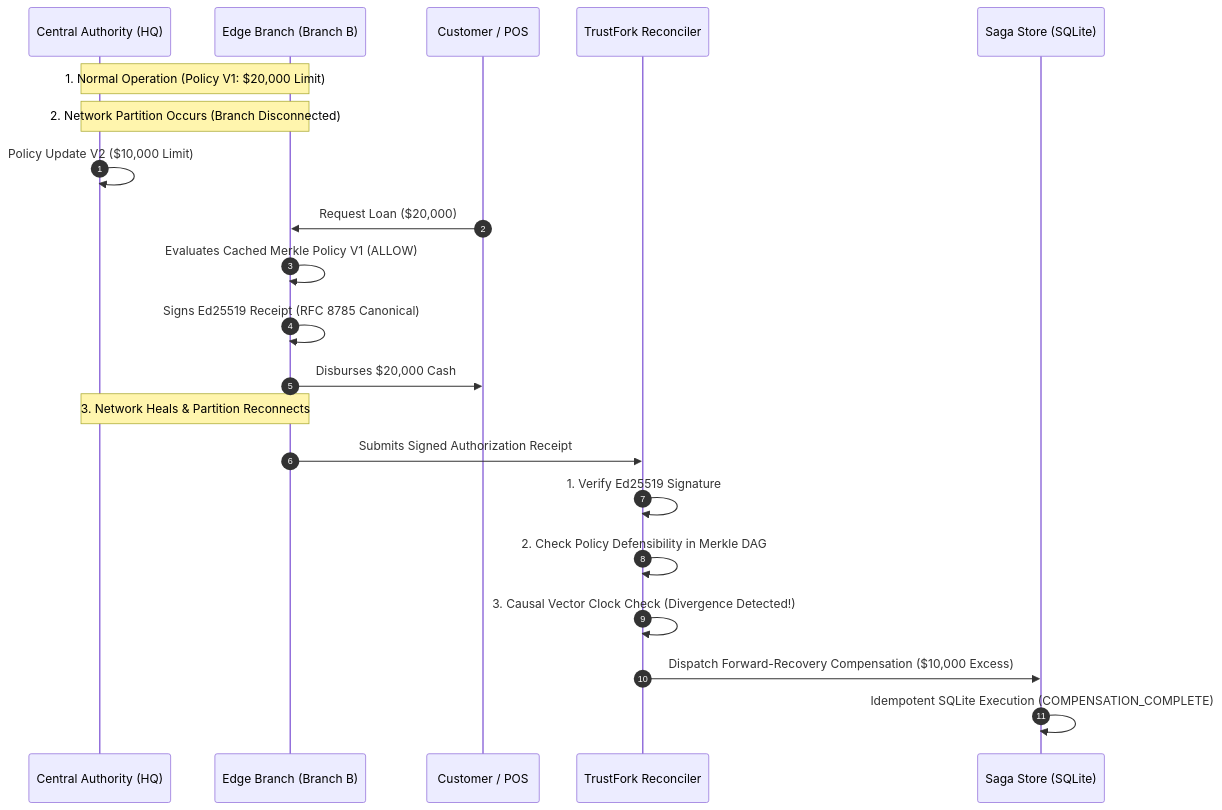
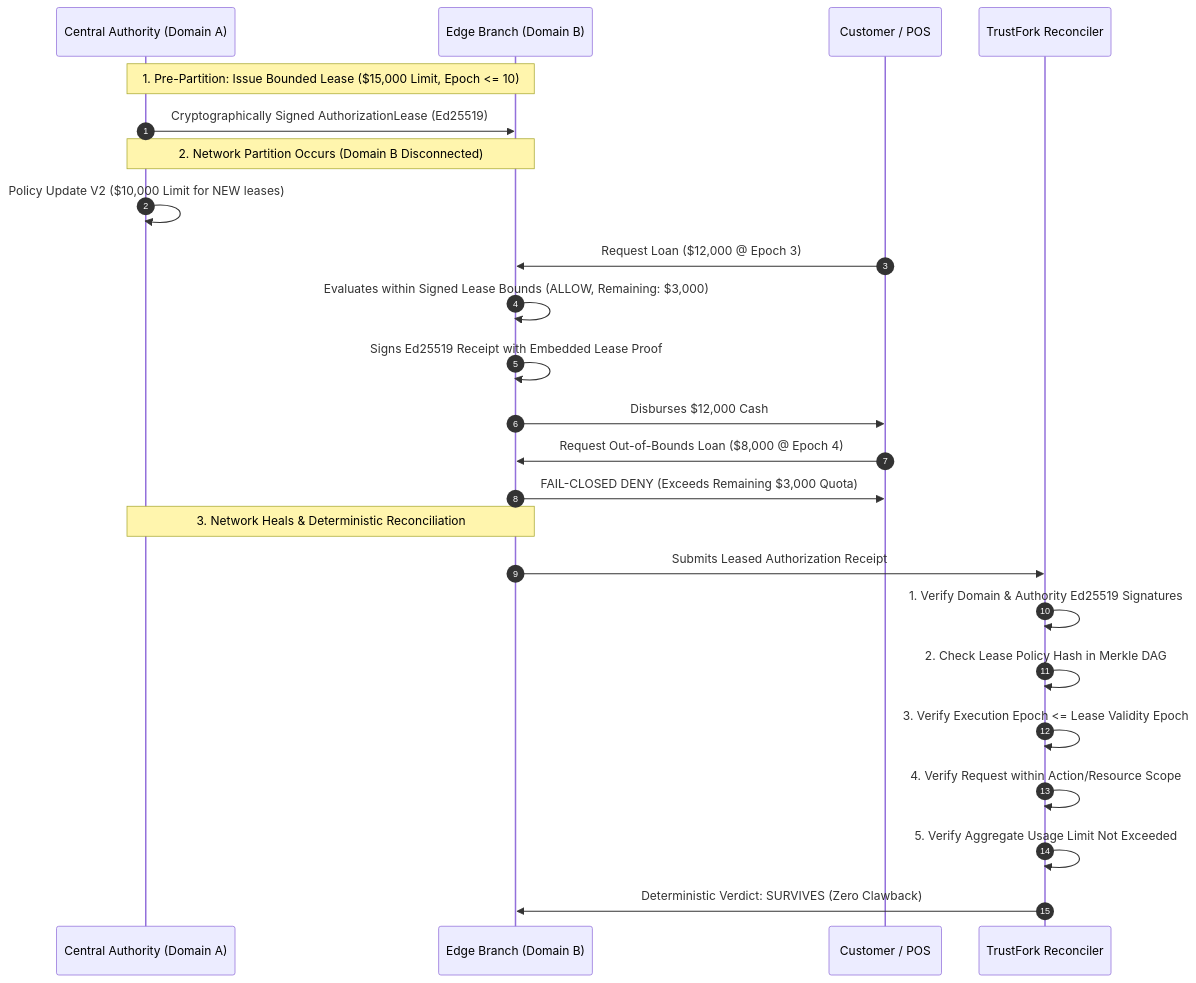
Before and after one commit to ayush2singh/Trustfork: the diagram in README.md, drawn with Mermaid. The commit also changed other lines of this file and 17 other files, not shown here.

Commit message:
feat(cloud): package PoLP container, Bounded Lease engine, and Render IaC blueprint

````diff
--- a/README.md
+++ b/README.md
@@ -39,24 +36,27 @@
 ```mermaid
 sequenceDiagram
     autonumber
-    participant Central as Central Authority (HQ)
-    participant Edge as Edge Branch (Branch B)
+    participant Central as Central Authority (Domain A)
+    participant Edge as Edge Branch (Domain B)
     participant Customer as Customer / POS
     participant Reconciler as TrustFork Reconciler
-    participant Saga as Saga Store (SQLite)
 
-    Note over Central,Edge: 1. Normal Operation (Policy V1: $20,000 Limit)
-    Note over Central,Edge: 2. Network Partition Occurs (Branch Disconnected)
-    Central->>Central: Policy Update V2 ($10,000 Limit)
-    Customer->>Edge: Request Loan ($20,000)
-    Edge->>Edge: Evaluates Cached Merkle Policy V1 (ALLOW)
-    Edge->>Edge: Signs Ed25519 Receipt (RFC 8785 Canonical)
-    Edge->>Customer: Disburses $20,000 Cash
-    Note over Central,Edge: 3. Network Heals & Partition Reconnects
-    Edge->>Reconciler: Submits Signed Authorization Receipt
-    Reconciler->>Reconciler: 1. Verify Ed25519 Signature
-    Reconciler->>Reconciler: 2. Check Policy Defensibility in Merkle DAG
-    Reconciler->>Reconciler: 3. Causal Vector Clock Check (Divergence Detected!)
-    Reconciler->>Saga: Dispatch Forward-Recovery Compensation ($10,000 Excess)
-    Saga->>Saga: Idempotent SQLite Execution (COMPENSATION_COMPLETE)
+    Note over Central,Edge: 1. Pre-Partition: Issue Bounded Lease ($15,000 Limit, Epoch <= 10)
+    Central->>Edge: Cryptographically Signed AuthorizationLease (Ed25519)
+    Note over Central,Edge: 2. Network Partition Occurs (Domain B Disconnected)
+    Central->>Central: Policy Update V2 ($10,000 Limit for NEW leases)
+    Customer->>Edge: Request Loan ($12,000 @ Epoch 3)
+    Edge->>Edge: Evaluates within Signed Lease Bounds (ALLOW, Remaining: $3,000)
+    Edge->>Edge: Signs Ed25519 Receipt with Embedded Lease Proof
+    Edge->>Customer: Disburses $12,000 Cash
+    Customer->>Edge: Request Out-of-Bounds Loan ($8,000 @ Epoch 4)
+    Edge->>Customer: FAIL-CLOSED DENY (Exceeds Remaining $3,000 Quota)
+    Note over Central,Edge: 3. Network Heals & Deterministic Reconciliation
+    Edge->>Reconciler: Submits Leased Authorization Receipt
+    Reconciler->>Reconciler: 1. Verify Domain & Authority Ed25519 Signatures
+    Reconciler->>Reconciler: 2. Check Lease Policy Hash in Merkle DAG
+    Reconciler->>Reconciler: 3. Verify Execution Epoch <= Lease Validity Epoch
+    Reconciler->>Reconciler: 4. Verify Request within Action/Resource Scope
+    Reconciler->>Reconciler: 5. Verify Aggregate Usage Limit Not Exceeded
+    Reconciler->>Edge: Deterministic Verdict: SURVIVES (Zero Clawback)
 ```
````
